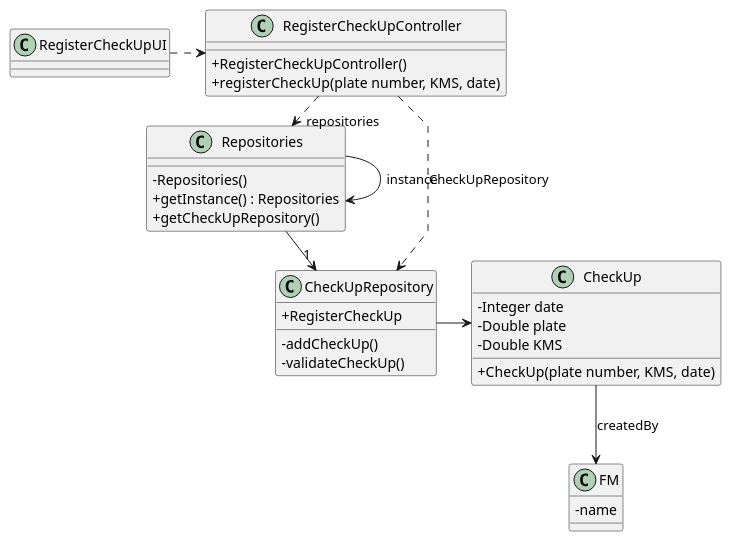
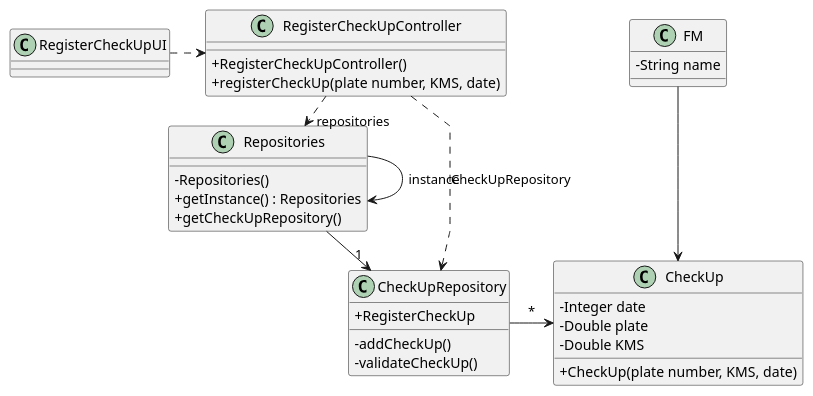
Before and after one commit to daniel41silva05/ISEP_2023_2024_LAPR2: the diagram in docs/sprintA&B/us007/03.design/puml/us007-class-diagram.puml, drawn with PlantUML. The commit also changed 3 other files, not shown here.

Commit message:
ED-21 Update US007 class diagram and implementation of the checkUpRepository

```diff
--- a/docs/sprintA&B/us007/03.design/puml/us007-class-diagram.puml
+++ b/docs/sprintA&B/us007/03.design/puml/us007-class-diagram.puml
@@ -1,58 +1,58 @@
 @startuml
 'skinparam monochrome true
 skinparam packageStyle rectangle
 skinparam shadowing false
 skinparam linetype polyline
 'skinparam linetype orto
 
 skinparam classAttributeIconSize 0
 
 class CheckUpRepository{
    -addCheckUp()
    -validateCheckUp()
 
    + RegisterCheckUp
 }
 
 class FM {
-    - name
+    -String name
 }
 
 class CheckUp {
     - Integer date
     - Double plate
     - Double KMS
 
     + CheckUp(plate number, KMS, date)
 }
 
 
 class Repositories {
     - Repositories()
     + getInstance() : Repositories
     + getCheckUpRepository()
 }
 
 class RegisterCheckUpController {
     + RegisterCheckUpController()
     + registerCheckUp(plate number, KMS, date)
 }
 
 class RegisterCheckUpUI {
 }
 
-Repositories -> Repositories : instance
 
 RegisterCheckUpUI .> RegisterCheckUpController
 
 RegisterCheckUpController .> Repositories : repositories
 
 Repositories -> "1" CheckUpRepository
 
-CheckUpRepository -> CheckUp
+CheckUpRepository -> CheckUp: *
 RegisterCheckUpController ..> CheckUpRepository : CheckUpRepository
 
-CheckUp --> FM : createdBy
+FM --> CheckUp
 
+Repositories -> Repositories : instance
 
 @enduml
```
